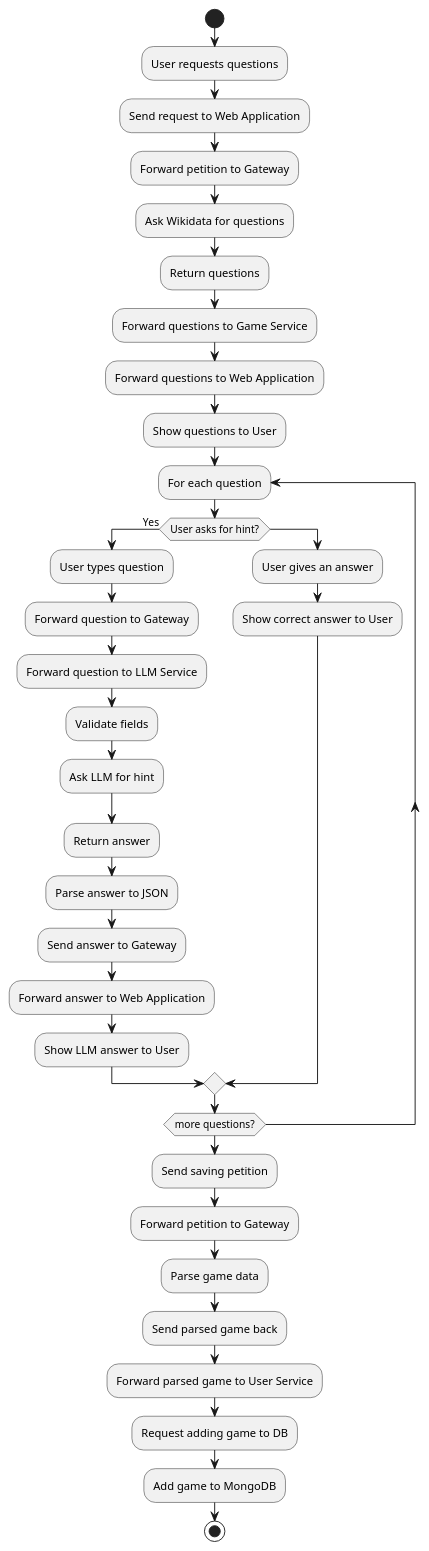
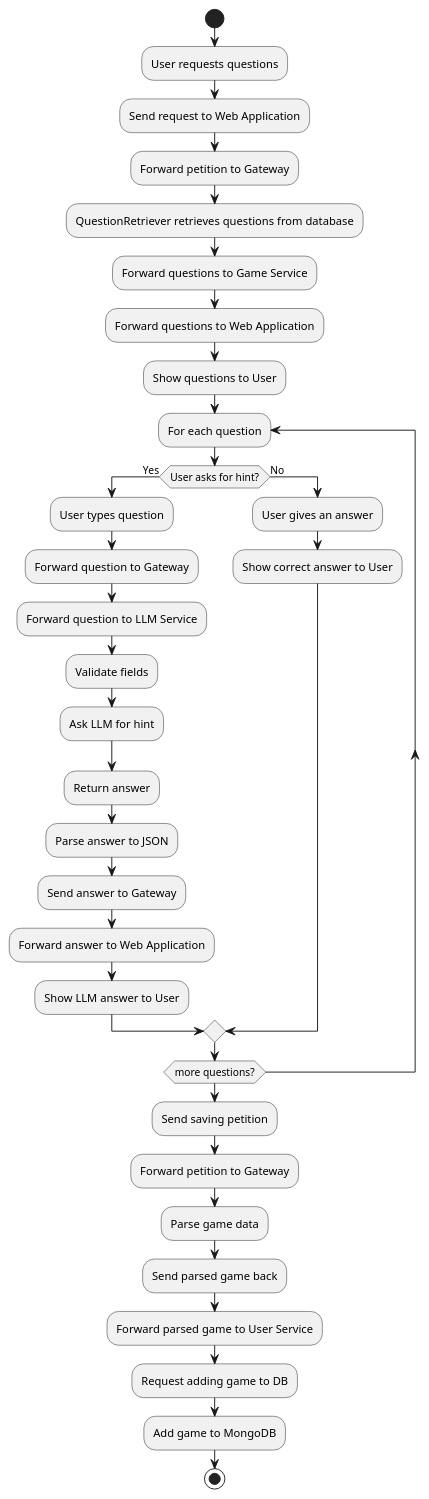
One commit to Arquisoft/wichat_en2b changed the third of 3 diagrams in docs/src/06_runtime_view.adoc. Above: the diagram before and after it, drawn with PlantUML. The commit also changed other lines of this file, not shown here.

```diff
--- a/docs/src/06_runtime_view.adoc
+++ b/docs/src/06_runtime_view.adoc
@@ -120,42 +120,41 @@
 [plantuml,"Game diagram",png]
 ----
 start
 
 :User requests questions;
 :Send request to Web Application;
 :Forward petition to Gateway;
-:Ask Wikidata for questions; 
-:Return questions;
+:QuestionRetriever retrieves questions from database;
 :Forward questions to Game Service;
 :Forward questions to Web Application;
 :Show questions to User;
 
 repeat :For each question;
     
     if (User asks for hint?) then (Yes)
         :User types question;
         :Forward question to Gateway;
         :Forward question to LLM Service;
         :Validate fields;
         :Ask LLM for hint;
         :Return answer;
         :Parse answer to JSON;
         :Send answer to Gateway;
         :Forward answer to Web Application;
         :Show LLM answer to User;
-    else
+    else (No)
         :User gives an answer;
         :Show correct answer to User;
     endif
 repeat while (more questions?)
 
 :Send saving petition;
 :Forward petition to Gateway;
 :Parse game data;
 :Send parsed game back;
 :Forward parsed game to User Service;
 :Request adding game to DB;
 :Add game to MongoDB;
 
 stop
 ----
```
